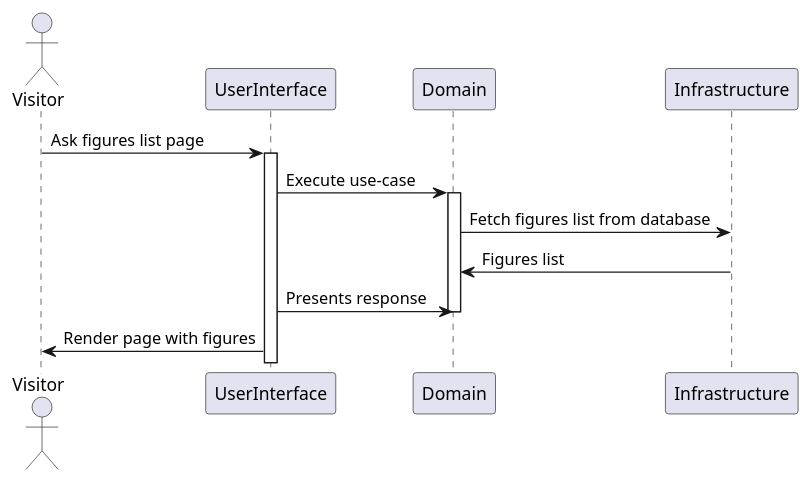
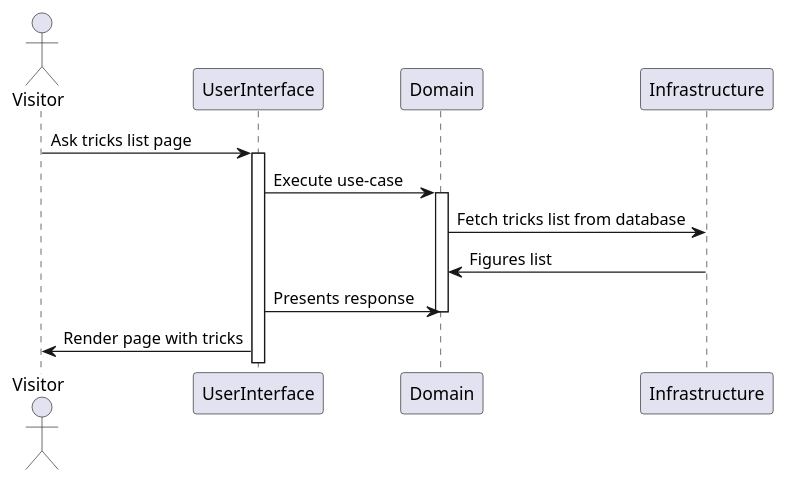
The diagram in doc/diagramms/sequences/ListSnowboardTricks.puml (AlexandreGerault/snowtricks), drawn with PlantUML before and after one commit. The commit also changed 2 other files, not shown here.

Commit message:
doc(tricks): add register trick sequence UML

```diff
--- a/doc/diagramms/sequences/ListSnowboardTricks.puml
+++ b/doc/diagramms/sequences/ListSnowboardTricks.puml
@@ -1,13 +1,13 @@
 @startuml
 actor Visitor
 
-Visitor -> UserInterface: Ask figures list page
+Visitor -> UserInterface: Ask tricks list page
 activate UserInterface
 UserInterface -> Domain: Execute use-case
 activate Domain
-Domain -> Infrastructure: Fetch figures list from database
+Domain -> Infrastructure: Fetch tricks list from database
 Infrastructure -> Domain: Figures list
 UserInterface -> Domain: Presents response
 deactivate Domain
-UserInterface -> Visitor: Render page with figures
+UserInterface -> Visitor: Render page with tricks
 @enduml
```
